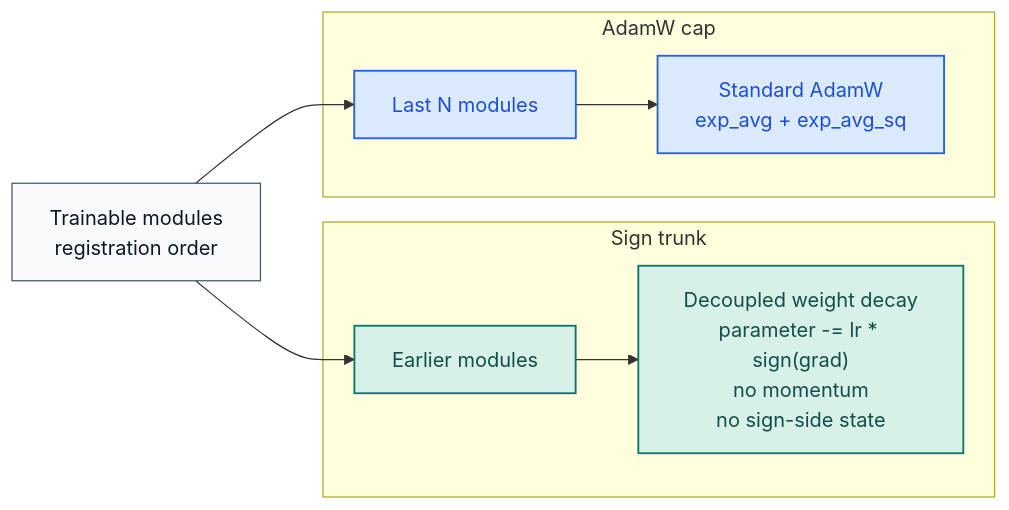
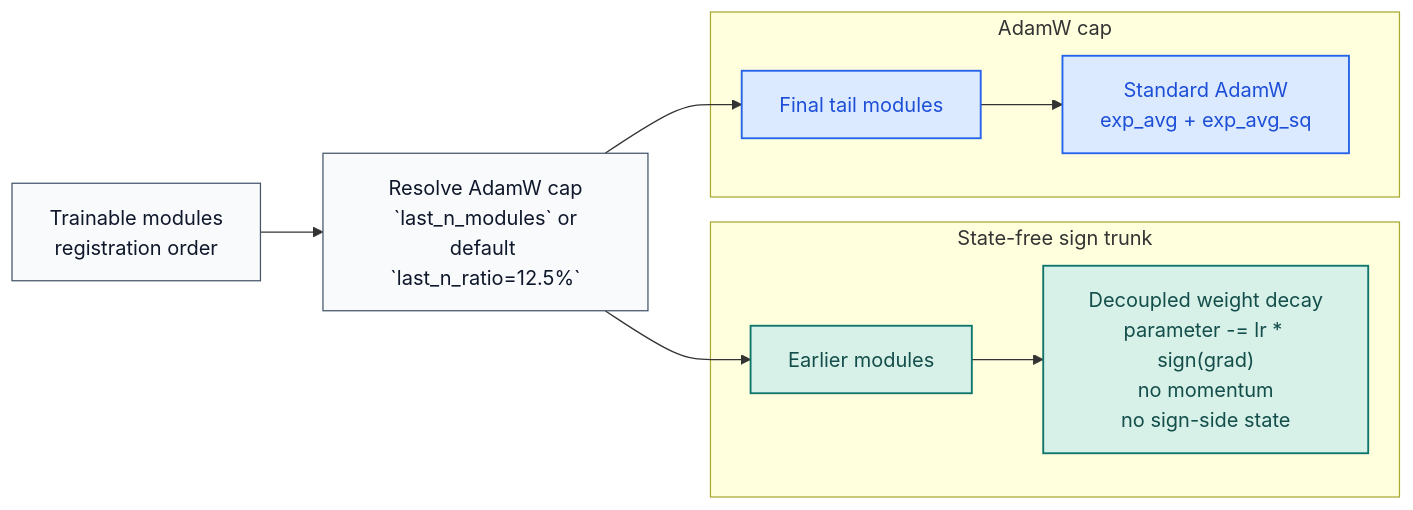
The diagram in README.md (smturtle2/stac-optimizer), drawn with Mermaid before and after one commit. The commit also changed other lines of this file and 12 other files, not shown here.

````diff
--- a/README.md
+++ b/README.md
@@ -28,27 +28,29 @@
 ```mermaid
 flowchart LR
     A["Trainable modules<br/>registration order"]
+    B["Resolve AdamW cap<br/>`last_n_modules` or<br/>default `last_n_ratio=12.5%`"]
 
-    subgraph S["Sign trunk"]
-        B["Earlier modules"]
-        C["Decoupled weight decay<br/>parameter -= lr * sign(grad)<br/>no momentum<br/>no sign-side state"]
+    subgraph S["State-free sign trunk"]
+        C["Earlier modules"]
+        D["Decoupled weight decay<br/>parameter -= lr * sign(grad)<br/>no momentum<br/>no sign-side state"]
     end
 
     subgraph T["AdamW cap"]
-        D["Last N modules"]
-        E["Standard AdamW<br/>exp_avg + exp_avg_sq"]
+        E["Final tail modules"]
+        F["Standard AdamW<br/>exp_avg + exp_avg_sq"]
     end
 
     A --> B
-    A --> D
     B --> C
-    D --> E
+    B --> E
+    C --> D
+    E --> F
 
     classDef neutral fill:#f8fafc,stroke:#475569,color:#0f172a,stroke-width:1px;
     classDef sign fill:#d7f0e8,stroke:#0f766e,color:#134e4a,stroke-width:1.5px;
     classDef adam fill:#dbeafe,stroke:#2563eb,color:#1d4ed8,stroke-width:1.5px;
 
-    class A neutral;
-    class B,C sign;
-    class D,E adam;
+    class A,B neutral;
+    class C,D sign;
+    class E,F adam;
 ```
````
